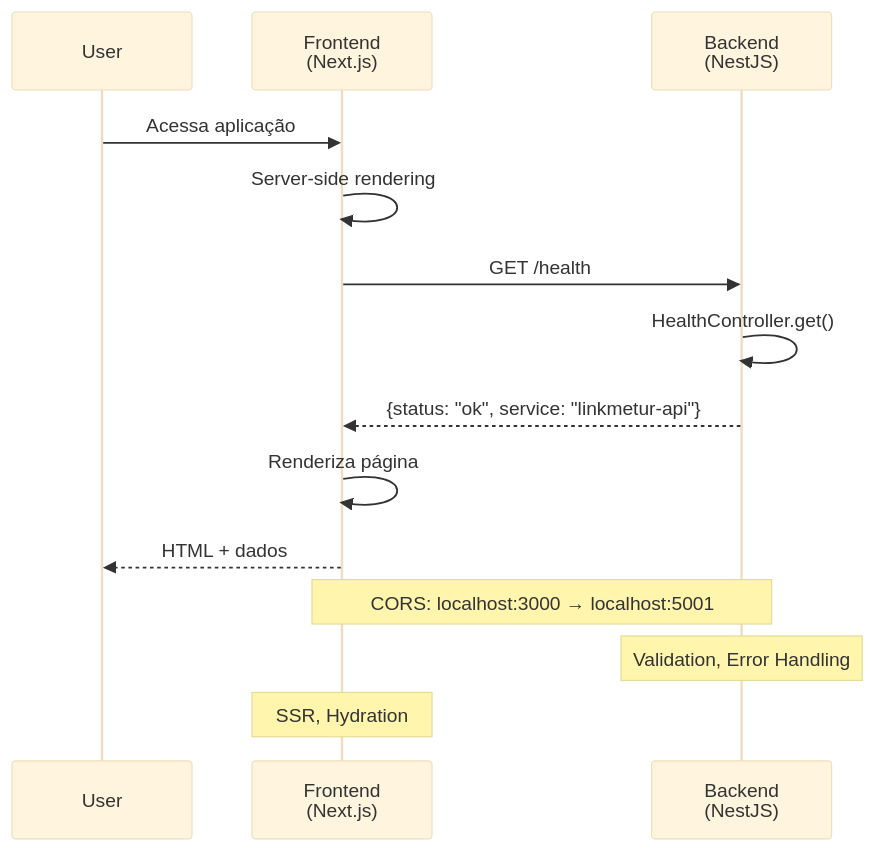
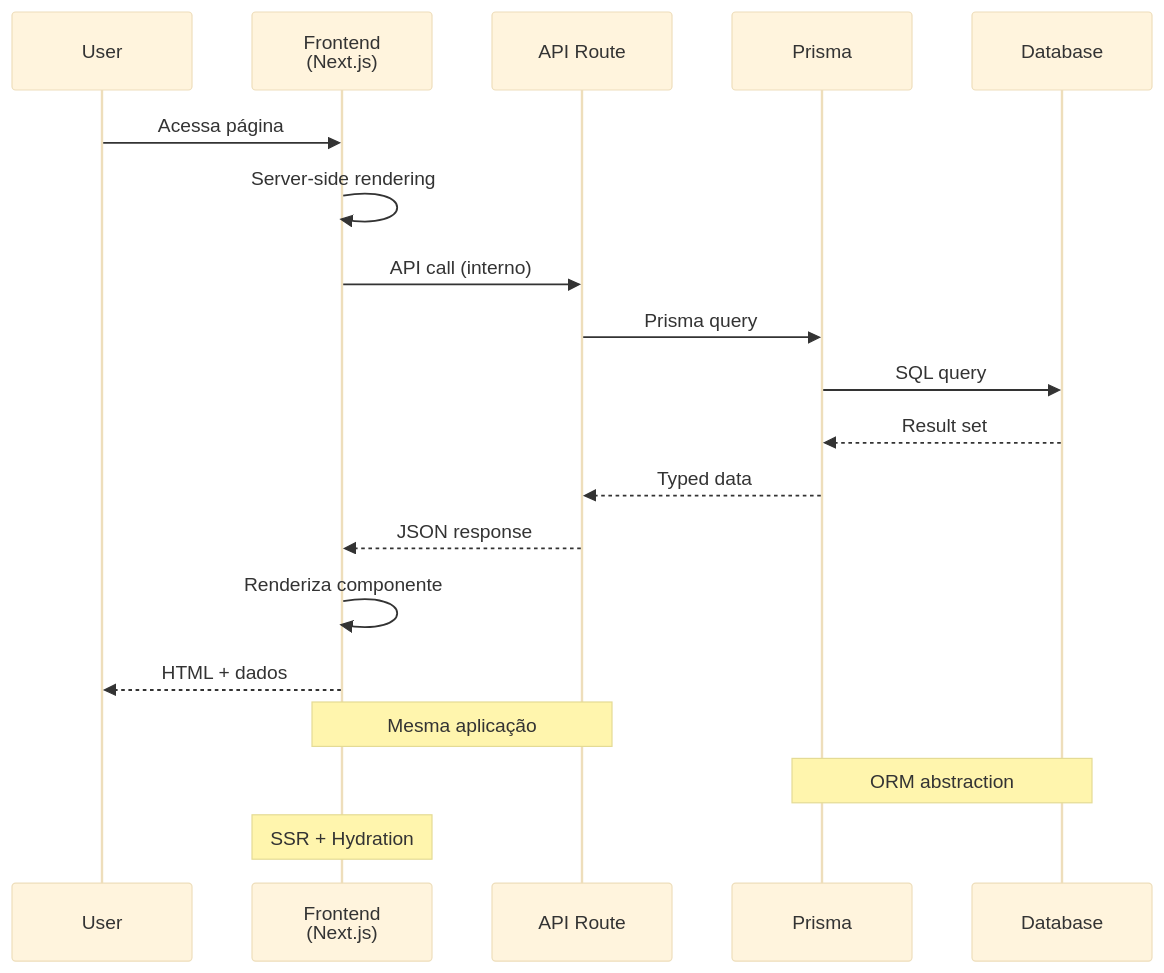
One commit to ArthurRodrigues006/Linkmeturapp changed the fourth of 5 diagrams in ARCHITECTURE.md. Above: the diagram before and after it, drawn with Mermaid (base theme). The commit also changed other lines of this file and 228 other files, not shown here.

````diff
--- a/ARCHITECTURE.md
+++ b/ARCHITECTURE.md
@@ -253,18 +289,23 @@
 ```mermaid
 sequenceDiagram
     participant U as User
     participant F as Frontend<br/>(Next.js)
-    participant B as Backend<br/>(NestJS)
+    participant A as API Route
+    participant P as Prisma
+    participant D as Database
     
-    U->>F: Acessa aplicação
+    U->>F: Acessa página
     F->>F: Server-side rendering
-    F->>B: GET /health
-    B->>B: HealthController.get()
-    B-->>F: {status: "ok", service: "linkmetur-api"}
-    F->>F: Renderiza página
+    F->>A: API call (interno)
+    A->>P: Prisma query
+    P->>D: SQL query
+    D-->>P: Result set
+    P-->>A: Typed data
+    A-->>F: JSON response
+    F->>F: Renderiza componente
     F-->>U: HTML + dados
     
-    Note over F,B: CORS: localhost:3000 → localhost:5001
-    Note over B: Validation, Error Handling
-    Note over F: SSR, Hydration
+    Note over F,A: Mesma aplicação
+    Note over P,D: ORM abstraction
+    Note over F: SSR + Hydration
 ```
````
